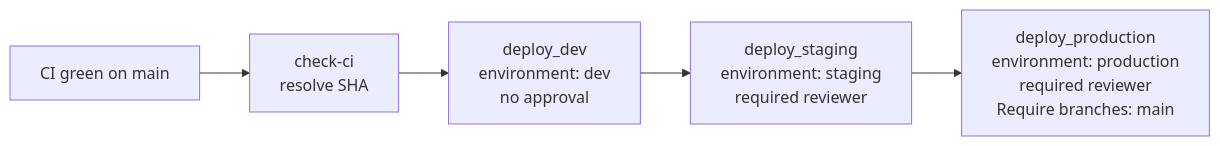
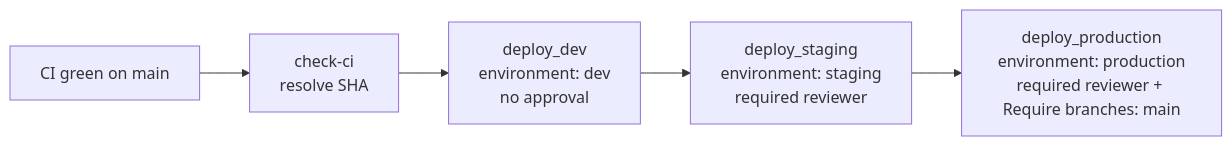
One commit to kjmaguire/GeoRag-Intelligent-V2.1 changed the second of 2 diagrams in docs/handover/CICD_PIPELINE.md. Above: the diagram before and after it, drawn with Mermaid. The commit also changed other lines of this file and 8 other files, not shown here.

````diff
--- a/docs/handover/CICD_PIPELINE.md
+++ b/docs/handover/CICD_PIPELINE.md
@@ -144,7 +99,7 @@
 ```mermaid
 flowchart LR
     CI[CI green on main] --> Check[check-ci<br/>resolve SHA]
     Check --> Dev[deploy_dev<br/>environment: dev<br/>no approval]
     Dev --> Staging[deploy_staging<br/>environment: staging<br/>required reviewer]
-    Staging --> Prod[deploy_production<br/>environment: production<br/>required reviewer<br/>Require branches: main]
+    Staging --> Prod[deploy_production<br/>environment: production<br/>required reviewer + Require branches: main]
 ```
````
